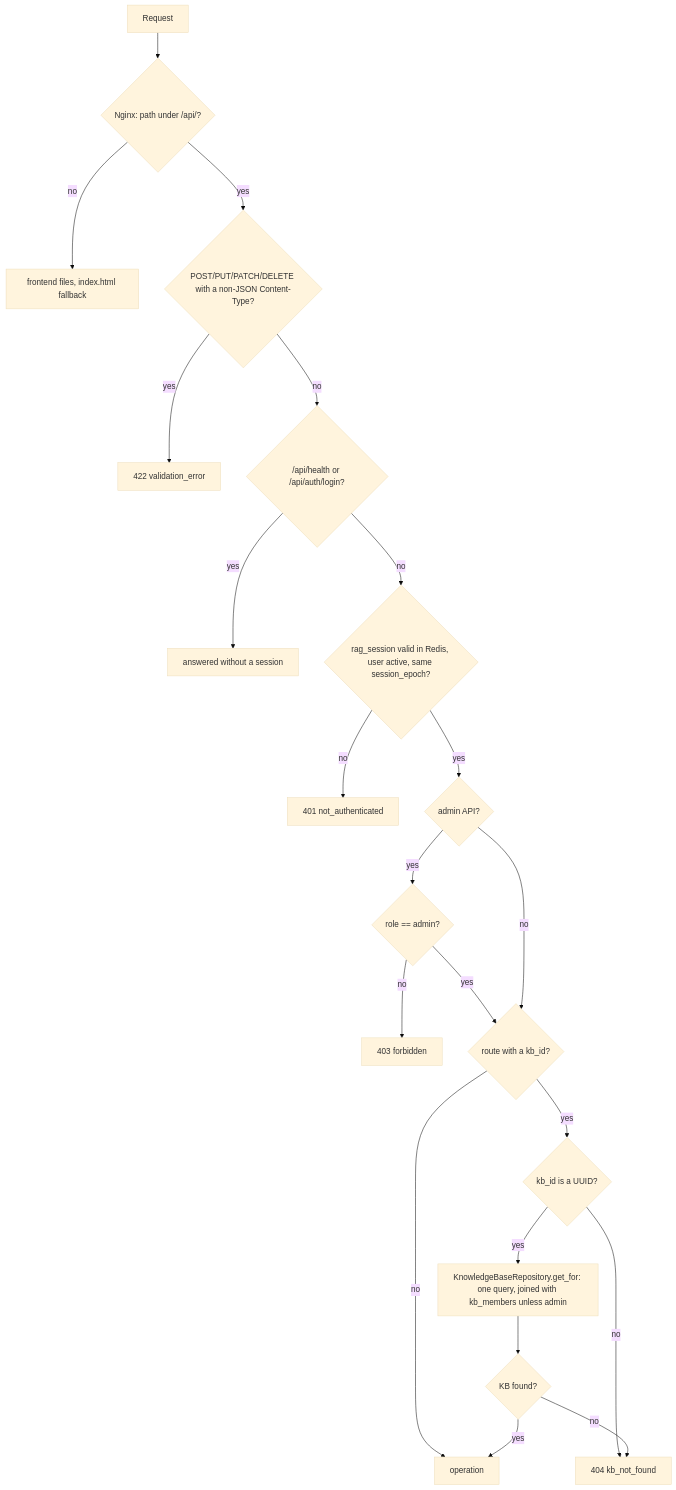
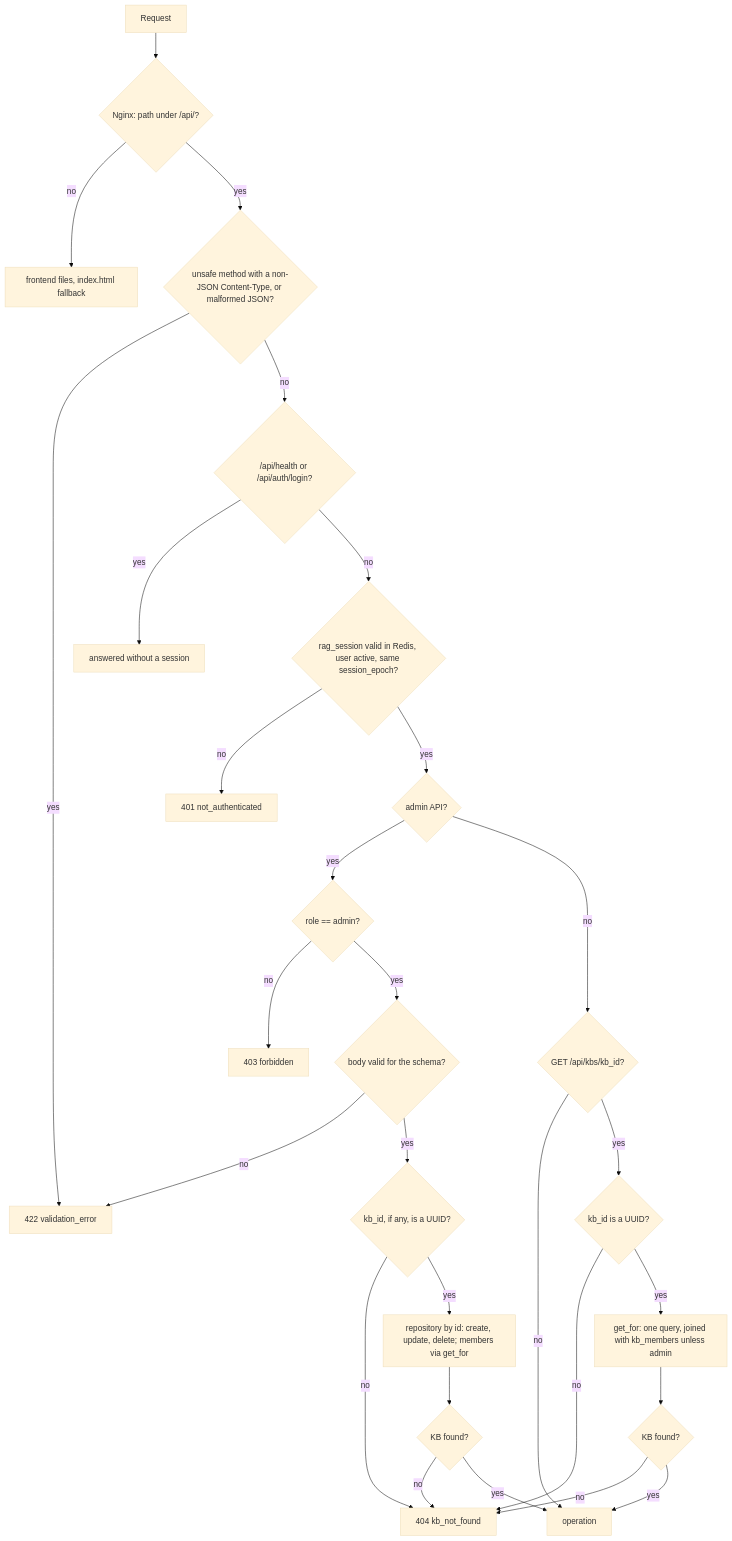
One commit to jumping2000/advancedRAG changed the first of 5 diagrams in docs/system/fondazioni.md. Above: the diagram before and after it, drawn with Mermaid (base theme). The commit also changed other lines of this file and 6 other files, not shown here.

````diff
--- a/docs/system/fondazioni.md
+++ b/docs/system/fondazioni.md
@@ -71,23 +77,30 @@
 ```mermaid
 flowchart TD
     R[Request] --> N{"Nginx: path under /api/?"}
     N -- no --> F[frontend files, index.html fallback]
-    N -- yes --> J{"POST/PUT/PATCH/DELETE with a non-JSON Content-Type?"}
+    N -- yes --> J{"unsafe method with a non-JSON Content-Type, or malformed JSON?"}
     J -- yes --> E422[422 validation_error]
     J -- no --> H{"/api/health or /api/auth/login?"}
     H -- yes --> P[answered without a session]
     H -- no --> C{"rag_session valid in Redis, user active, same session_epoch?"}
     C -- no --> E401[401 not_authenticated]
     C -- yes --> A{admin API?}
     A -- yes --> AD{"role == admin?"}
     AD -- no --> E403[403 forbidden]
-    AD -- yes --> K
-    A -- no --> K{"route with a kb_id?"}
-    K -- no --> OK[operation]
+    AD -- yes --> V{body valid for the schema?}
+    V -- no --> E422
+    V -- yes --> AU{"kb_id, if any, is a UUID?"}
+    AU -- no --> E404[404 kb_not_found]
+    AU -- yes --> AR["repository by id: create, update, delete; members via get_for"]
+    AR --> AT{KB found?}
+    AT -- no --> E404
+    AT -- yes --> OK[operation]
+    A -- no --> K{"GET /api/kbs/kb_id?"}
+    K -- no --> OK
     K -- yes --> U{kb_id is a UUID?}
-    U -- no --> E404[404 kb_not_found]
-    U -- yes --> Q["KnowledgeBaseRepository.get_for: one query, joined with kb_members unless admin"]
+    U -- no --> E404
+    U -- yes --> Q["get_for: one query, joined with kb_members unless admin"]
     Q --> T{KB found?}
     T -- no --> E404
     T -- yes --> OK
 ```
````
